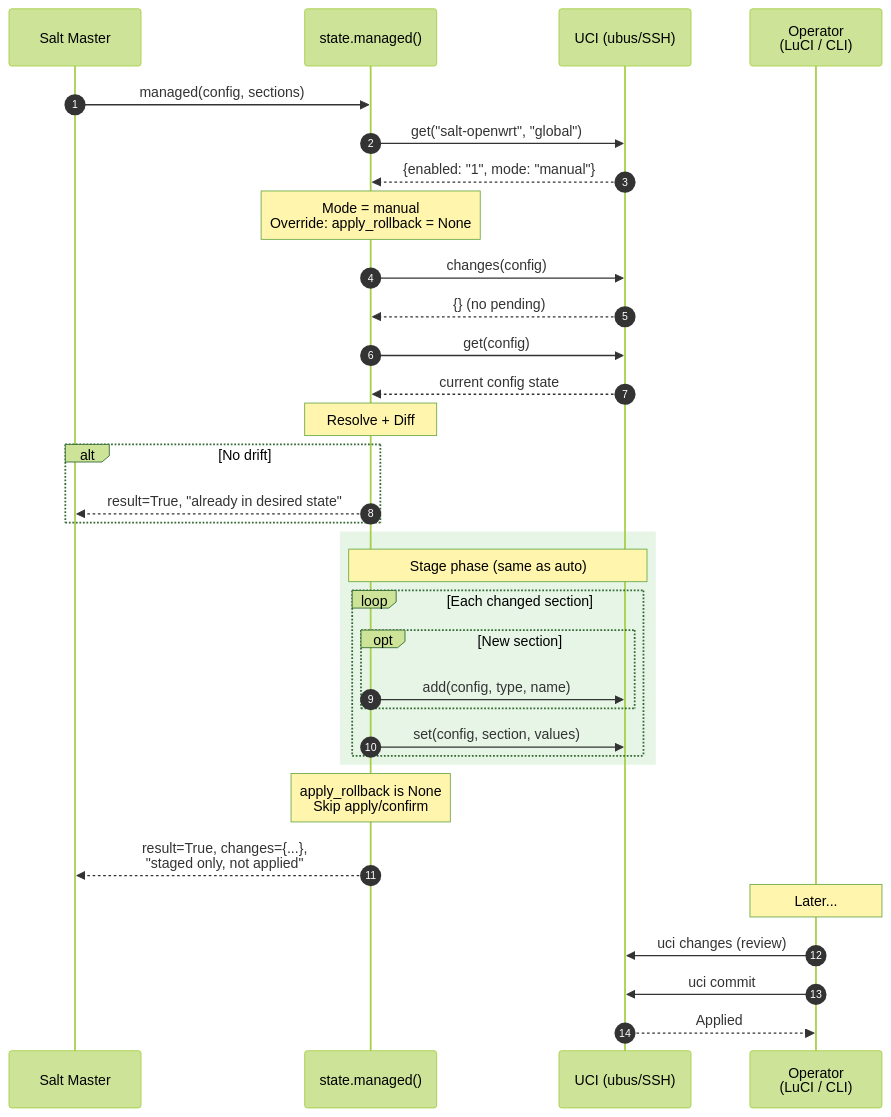
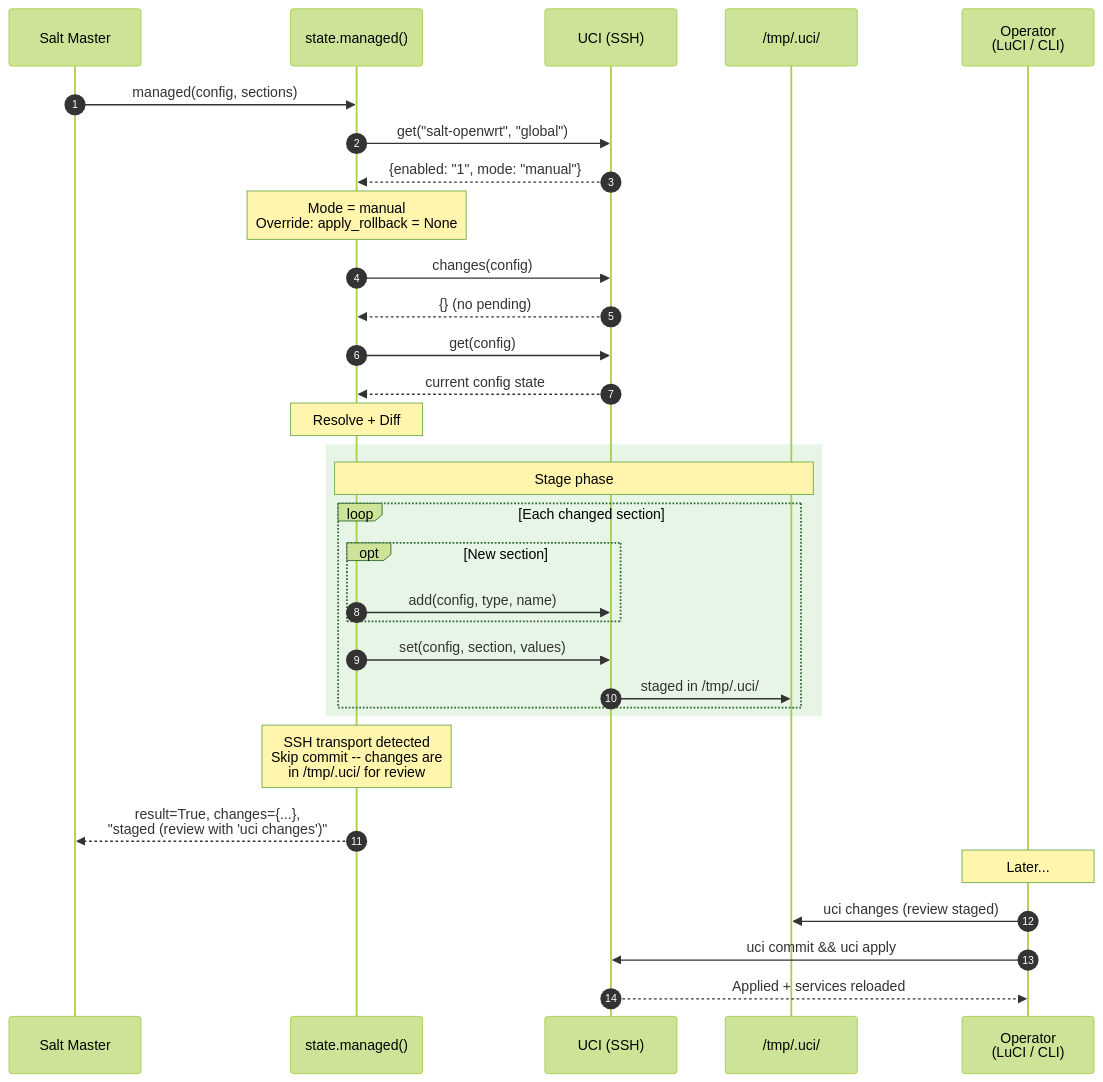
Before and after one commit to cprima-homelab/saltext-openwrt-ubus: the third of 7 diagrams in docs/topics/managed-flow.md, drawn with Mermaid (forest theme). The commit also changed other lines of this file and 3 other files, not shown here.

First line of the commit message:
Make manual mode transport-aware for SSH vs JSON-RPC

````diff
--- a/docs/topics/managed-flow.md
+++ b/docs/topics/managed-flow.md
@@ -125,45 +137,43 @@
 ```{mermaid}
 sequenceDiagram
     autonumber
     participant Master as Salt Master
     participant State as state.managed()
-    participant UCI as UCI (ubus/SSH)
+    participant UCI as UCI (SSH)
+    participant Device as /tmp/.uci/
     participant Human as Operator<br/>(LuCI / CLI)
 
     Master->>State: managed(config, sections)
     State->>UCI: get("salt-openwrt", "global")
     UCI-->>State: {enabled: "1", mode: "manual"}
 
     Note over State: Mode = manual<br/>Override: apply_rollback = None
 
     State->>UCI: changes(config)
     UCI-->>State: {} (no pending)
 
     State->>UCI: get(config)
     UCI-->>State: current config state
 
     Note over State: Resolve + Diff
 
-    alt No drift
-        State-->>Master: result=True, "already in desired state"
-    end
-
     rect rgb(230, 245, 230)
-        Note over State,UCI: Stage phase (same as auto)
+        Note over State,Device: Stage phase
         loop Each changed section
             opt New section
                 State->>UCI: add(config, type, name)
             end
             State->>UCI: set(config, section, values)
+            UCI->>Device: staged in /tmp/.uci/
         end
     end
 
-    Note over State: apply_rollback is None<br/>Skip apply/confirm
+    Note over State: SSH transport detected<br/>Skip commit -- changes are<br/>in /tmp/.uci/ for review
 
-    State-->>Master: result=True, changes={...},<br/>"staged only, not applied"
+    State-->>Master: result=True, changes={...},<br/>"staged (review with 'uci changes')"
 
     Note over Human: Later...
-    Human->>UCI: uci changes (review)
-    Human->>UCI: uci commit
-    UCI-->>Human: Applied
+    Human->>Device: uci changes (review staged)
+    Human->>UCI: uci commit && uci apply
+    UCI-->>Human: Applied + services reloaded
 ```
````
